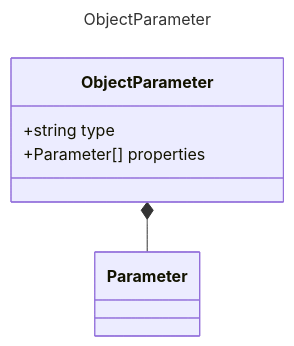
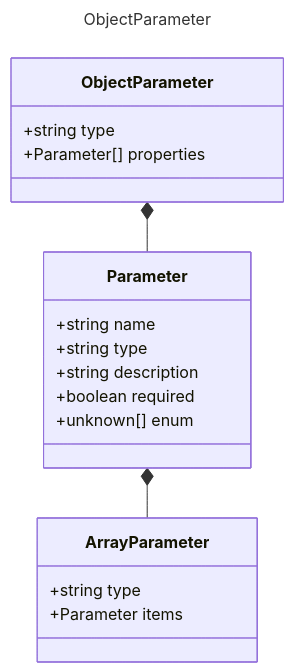
One commit to microsoft/prompty changed the diagram in specification/prompty/docs/ObjectParameter.md. Above: the diagram before and after it, drawn with Mermaid. The commit also changed 14 other files, not shown here.

````diff
--- a/specification/prompty/docs/ObjectParameter.md
+++ b/specification/prompty/docs/ObjectParameter.md
@@ -7,11 +7,23 @@
 ```mermaid
 ---
 title: ObjectParameter
 ---
 classDiagram
+    class Parameter {
+        +string name
+        +string type
+        +string description
+        +boolean required
+        +unknown[] enum
+    }
+    class ArrayParameter {
+        +string type
+        +Parameter items
+    }
     class ObjectParameter {
         +string type
         +Parameter[] properties
     }
     ObjectParameter *-- Parameter
+    Parameter *-- ArrayParameter
 ```
````
